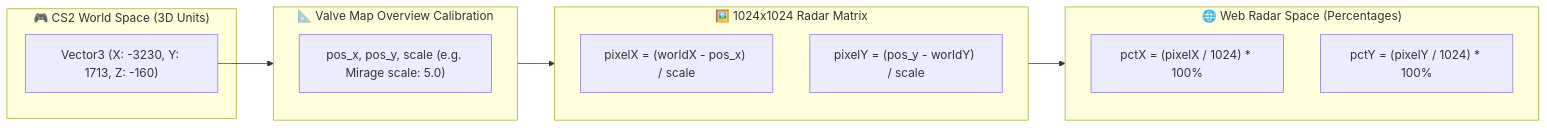
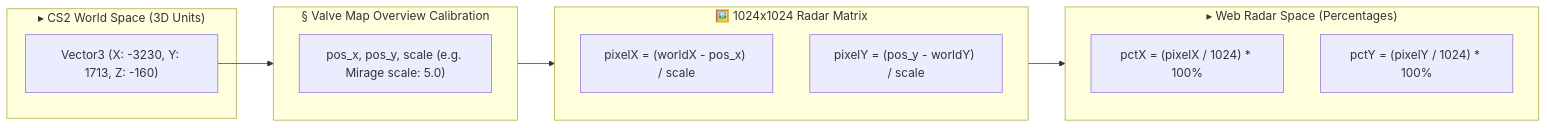
The diagram in docs/apps/cs2nades/physics.md (IAndrexI/documentation), drawn with Mermaid before and after one commit. The commit also changed other lines of this file and 40 other files, not shown here.

Commit message:
feat: hide git stars/branches, collapse subcategories until tab selected, add high-res architecture SVG, auto-update script, basic monochrome glyphs, and line-by-line recreation blueprints with summaries

````diff
--- a/docs/apps/cs2nades/physics.md
+++ b/docs/apps/cs2nades/physics.md
@@ -7,24 +7,24 @@
 ```mermaid
 graph LR
-    subgraph ValveWorld["🎮 CS2 World Space (3D Units)"]
+    subgraph ValveWorld["▸ CS2 World Space (3D Units)"]
         WorldCoord["Vector3 (X: -3230, Y: 1713, Z: -160)"]
     end
 
-    subgraph CalibrationConfig["📐 Valve Map Overview Calibration"]
+    subgraph CalibrationConfig["§ Valve Map Overview Calibration"]
         Config["pos_x, pos_y, scale (e.g. Mirage scale: 5.0)"]
     end
 
     subgraph PixelTransform["🖼️ 1024x1024 Radar Matrix"]
         PixelX["pixelX = (worldX - pos_x) / scale"]
         PixelY["pixelY = (pos_y - worldY) / scale"]
     end
 
-    subgraph WebNormalized["🌐 Web Radar Space (Percentages)"]
+    subgraph WebNormalized["▸ Web Radar Space (Percentages)"]
         PctX["pctX = (pixelX / 1024) * 100%"]
         PctY["pctY = (pixelY / 1024) * 100%"]
     end
 
     WorldCoord --> CalibrationConfig
     CalibrationConfig --> PixelTransform
     PixelTransform --> WebNormalized
 ```
````
